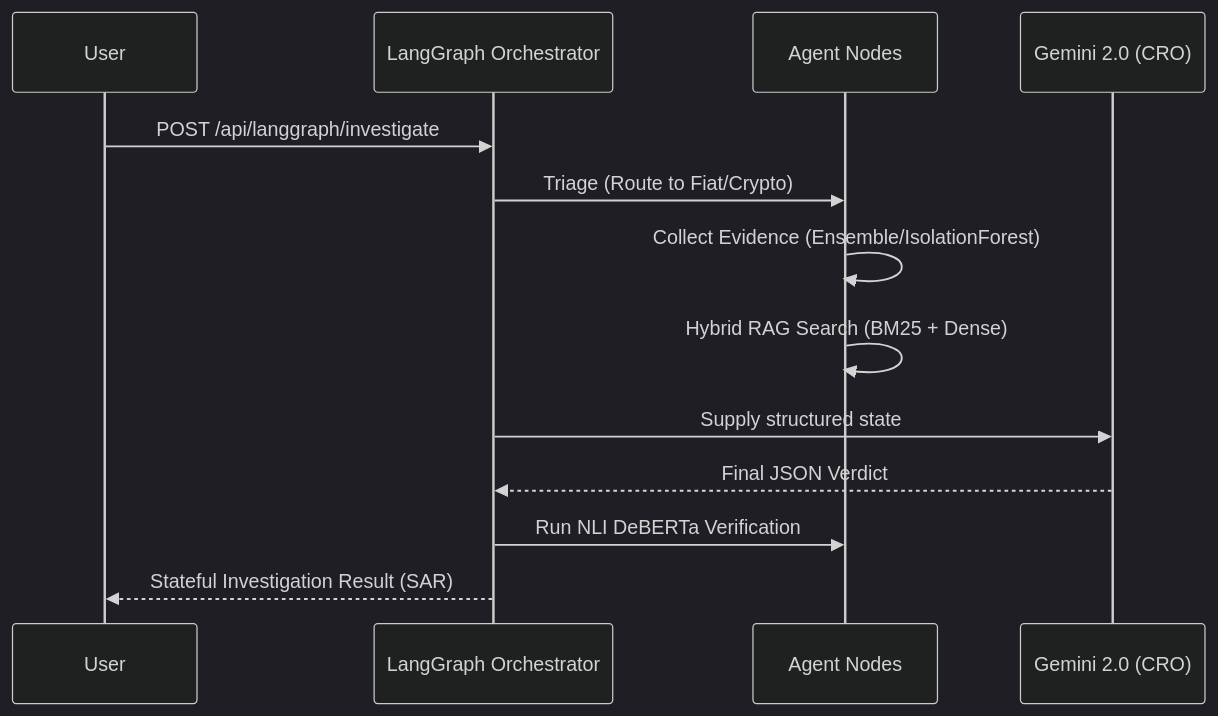
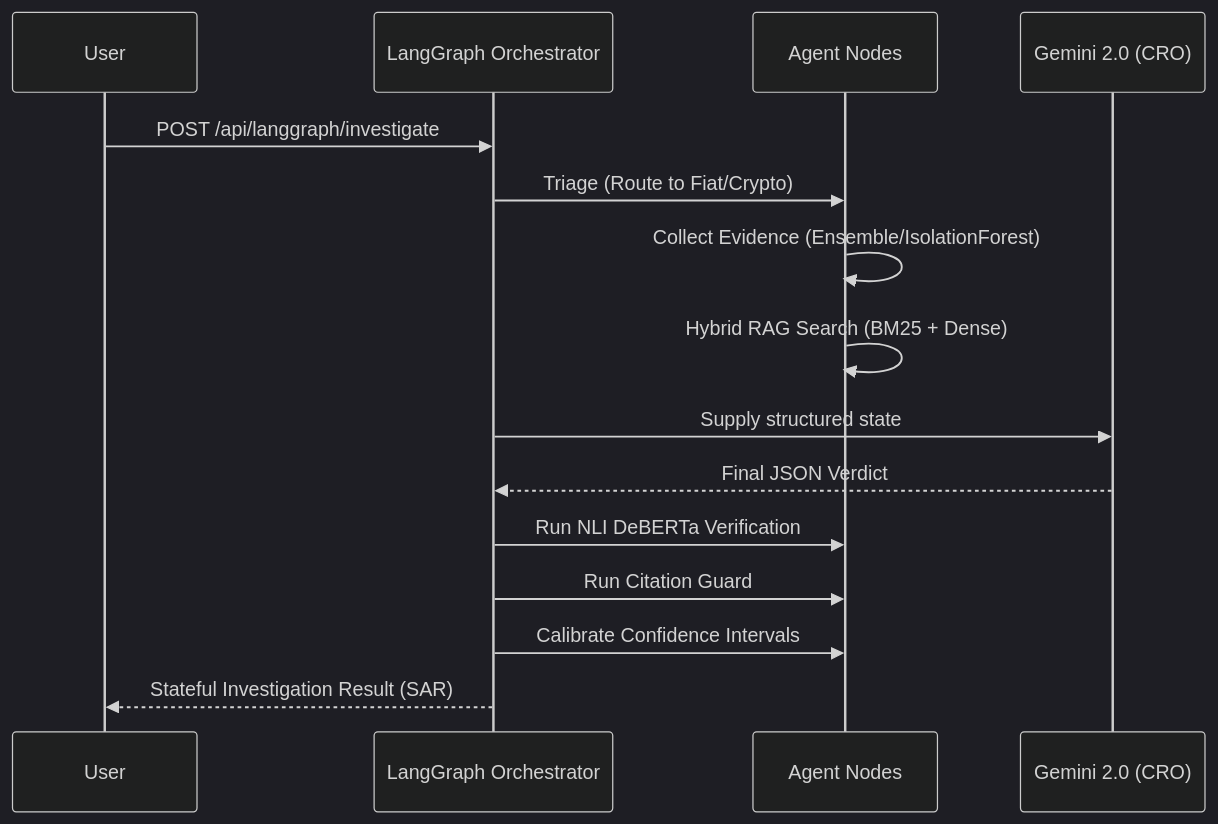
The second of 2 diagrams in README.md (darkphoenix2208/Verifi), drawn with Mermaid (dark theme) before and after one commit. The commit also changed other lines of this file, not shown here.

Commit message:
docs: update README to feature ML Guardrails (Conformal, Citation Guard, RLHF) and updated System Architecture graphs

````diff
--- a/README.md
+++ b/README.md
@@ -91,16 +108,18 @@
 ```mermaid
 sequenceDiagram
     participant User
     participant Graph as LangGraph Orchestrator
     participant Nodes as Agent Nodes
     participant Gemini as Gemini 2.0 (CRO)
     
     User->>Graph: POST /api/langgraph/investigate
     Graph->>Nodes: Triage (Route to Fiat/Crypto)
     Nodes->>Nodes: Collect Evidence (Ensemble/IsolationForest)
     Nodes->>Nodes: Hybrid RAG Search (BM25 + Dense)
     Graph->>Gemini: Supply structured state
     Gemini-->>Graph: Final JSON Verdict
     Graph->>Nodes: Run NLI DeBERTa Verification
+    Graph->>Nodes: Run Citation Guard
+    Graph->>Nodes: Calibrate Confidence Intervals
     Graph-->>User: Stateful Investigation Result (SAR)
 ```
````
